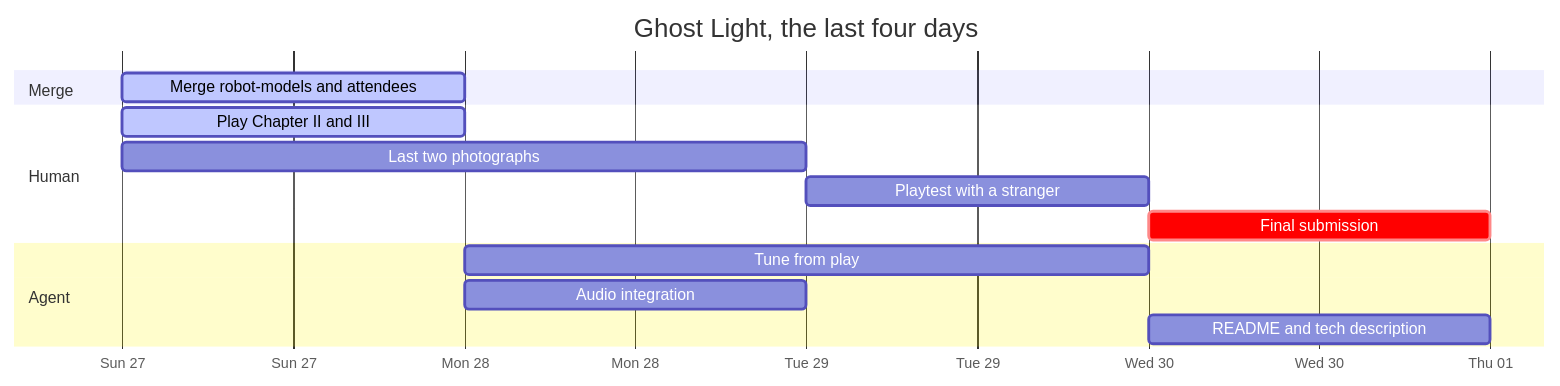
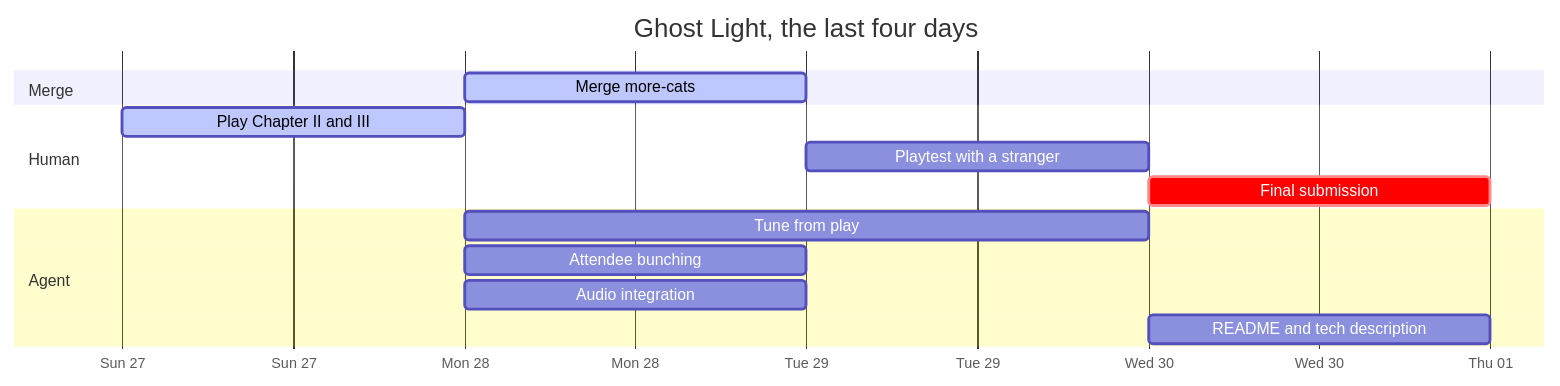
Before and after one commit to LoMagnette/ghost-light: the second of 2 diagrams in STATUS.md, drawn with Mermaid. The commit also changed other lines of this file, not shown here.

Commit message:
docs(status): robots, attendees and photographs signed off; attendees bunch up

````diff
--- a/STATUS.md
+++ b/STATUS.md
@@ -151,17 +155,17 @@
 ```mermaid
 gantt
     title Ghost Light, the last four days
     dateFormat YYYY-MM-DD
     axisFormat %a %d
     section Merge
-    Merge robot-models and attendees  :active, m1, 2026-09-27, 1d
+    Merge more-cats                   :active, m1, 2026-09-28, 1d
     section Human
     Play Chapter II and III           :active, h1, 2026-09-27, 1d
-    Last two photographs              :h2, 2026-09-27, 2d
     Playtest with a stranger          :t1, 2026-09-29, 1d
     Final submission                  :crit, s2, 2026-09-30, 1d
     section Agent
     Tune from play                    :g1, after h1, 2d
+    Attendee bunching                 :g4, 2026-09-28, 1d
     Audio integration                 :g2, 2026-09-28, 1d
     README and tech description       :g3, 2026-09-30, 1d
 ```
````
